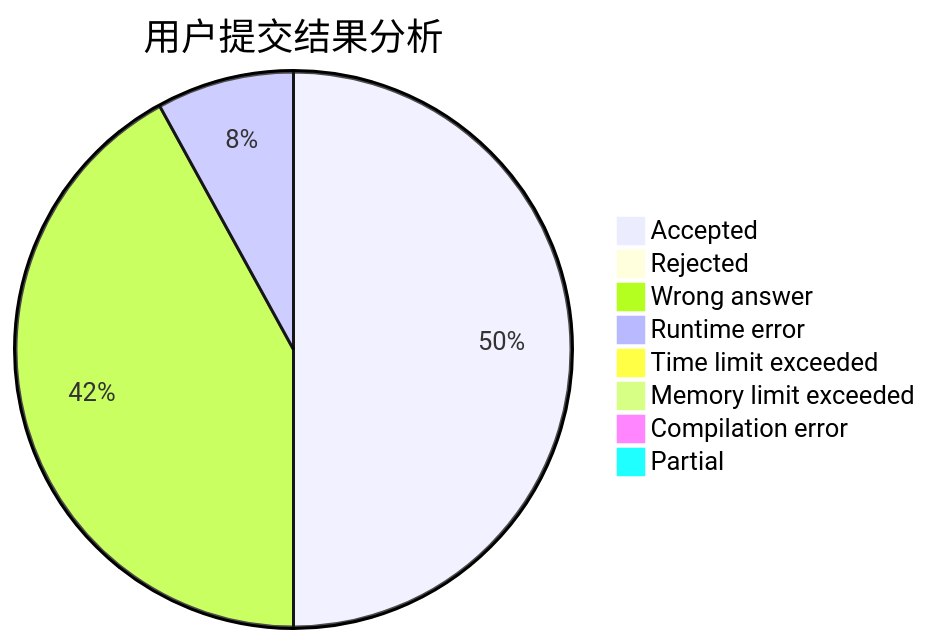
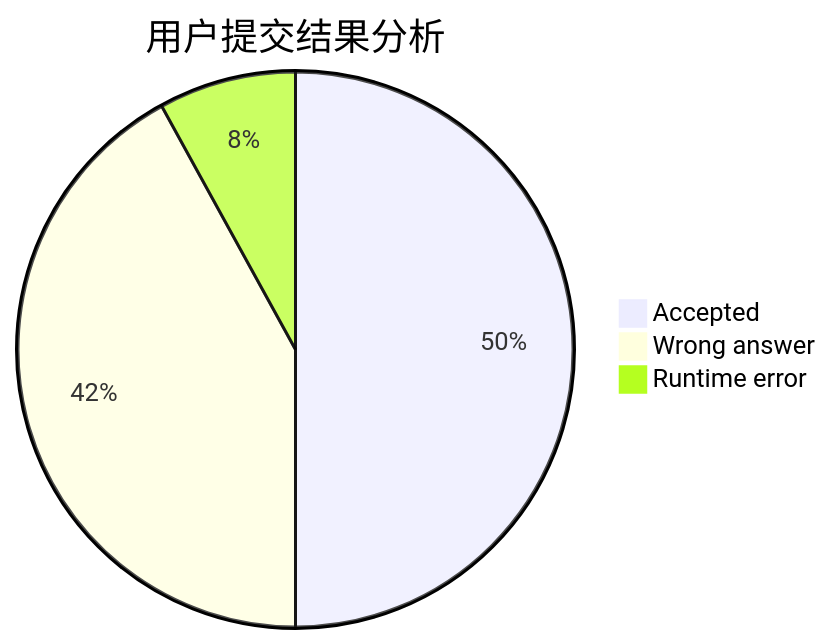
The first of 3 diagrams in docs/user/u929.md (sherpahu/cfrs.github.io), drawn with Mermaid before and after one commit. The commit also changed 2770 other files, not shown here.

````diff
--- a/docs/user/u929.md
+++ b/docs/user/u929.md
@@ -5,11 +5,6 @@
 ```mermaid
 pie title 用户提交结果分析
     "Accepted" :  25
-    "Rejected" :  0
     "Wrong answer" :  21
     "Runtime error" :  4
-    "Time limit exceeded" :  0
-    "Memory limit exceeded" :  0
-    "Compilation error" :  0
-    "Partial" :  0
 ```
````
